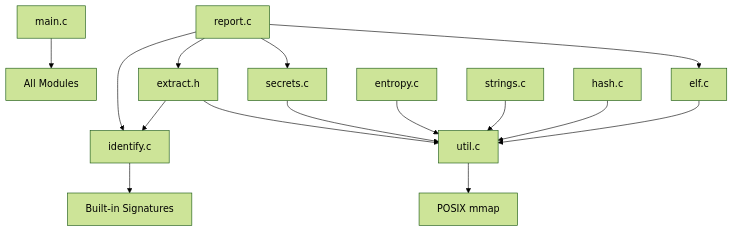
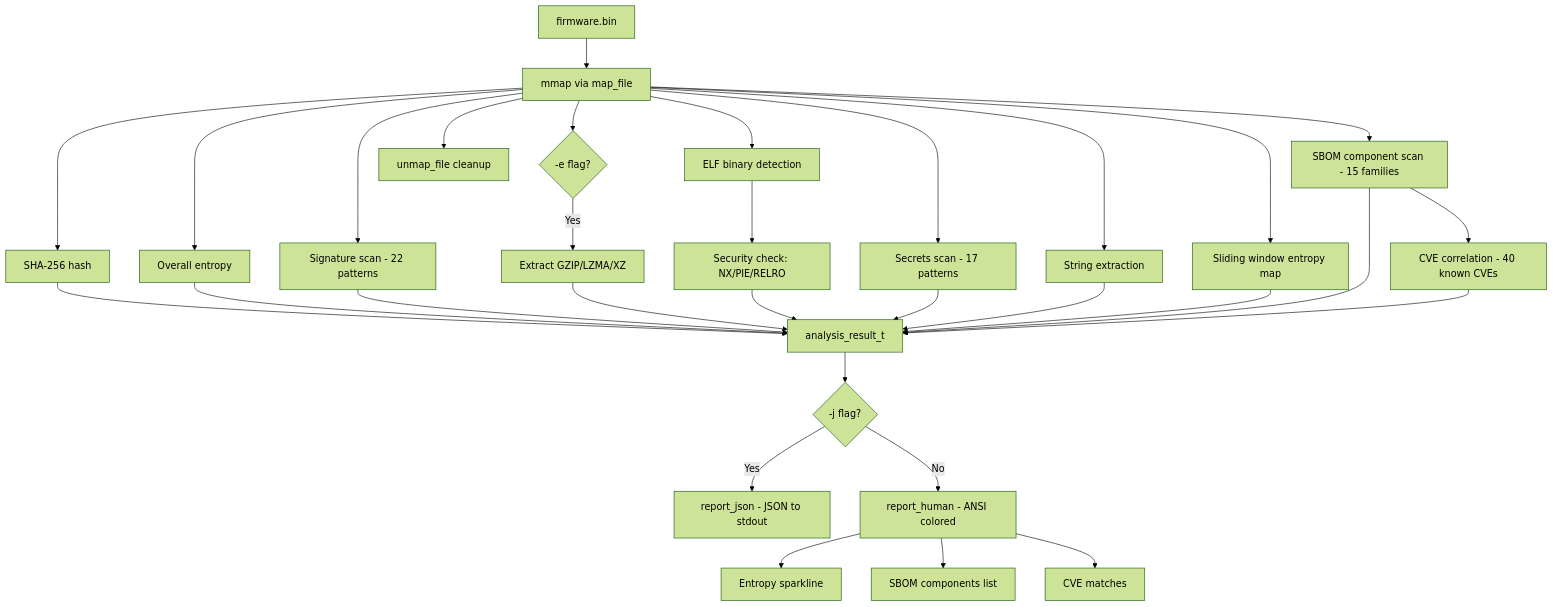
Before and after one commit to kattcraftt/automata: the first of 2 diagrams in docs/architecture.md, drawn with Mermaid (forest theme). The commit also changed other lines of this file and 4 other files, not shown here.

Commit message:
docs: Add WIP notice to README, update roadmap status, and refresh architecture/modules docs

````diff
--- a/docs/architecture.md
+++ b/docs/architecture.md
@@ -33,22 +79,24 @@
 ```mermaid
-graph TD
-    main[main.c] --> all_modules[All Modules]
-    
-    extract[extract.c] --> identify[identify.h]
-    extract --> util[util.h]
-    
-    report[report.c] --> identify[identify.h]
-    report --> extract[extract.h]
-    report --> secrets[secrets.h]
-    report --> elf[elf.h]
-    
-    identify[identify.c] --> builtin[Built-in Signatures]
-    
-    util[util.c] --> mmap[POSIX mmap]
-    
-    entropy[entropy.c] --> util
-    elf[elf.c] --> util
-    strings[strings.c] --> util
-    secrets[secrets.c] --> util
-    hash[hash.c] --> util
+flowchart TD
+    A[firmware.bin] --> B[mmap via map_file]
+    B --> C[SHA-256 hash]
+    B --> D[Overall entropy]
+    B --> E[Signature scan - 22 patterns]
+    B --> F{-e flag?}
+    F -->|Yes| G[Extract GZIP/LZMA/XZ]
+    B --> H[ELF binary detection]
+    H --> I[Security check: NX/PIE/RELRO]
+    B --> J[Secrets scan - 17 patterns]
+    B --> K[String extraction]
+    B --> L[Sliding window entropy map]
+    B --> M[SBOM component scan - 15 families]
+    M --> N[CVE correlation - 40 known CVEs]
+    C & D & E & G & I & J & K & L & M & N --> O[analysis_result_t]
+    O --> P{-j flag?}
+    P -->|Yes| Q[report_json - JSON to stdout]
+    P -->|No| R[report_human - ANSI colored]
+    R --> S[Entropy sparkline]
+    R --> T[SBOM components list]
+    R --> U[CVE matches]
+    B --> V[unmap_file cleanup]
 ```
````
